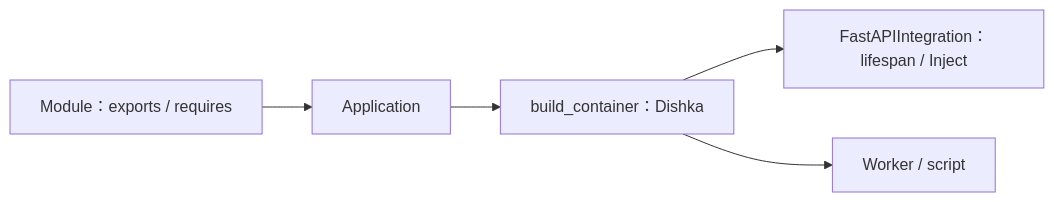
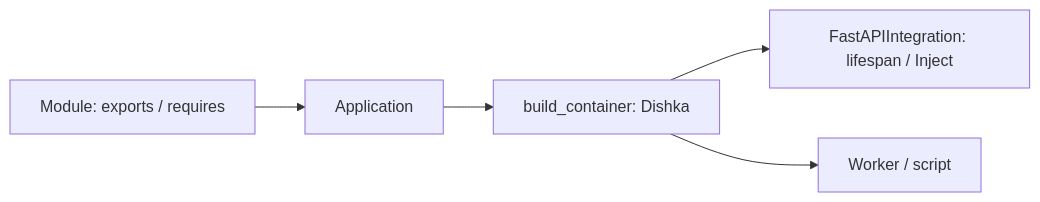
Before and after one commit to slime21023/fastapi-fin: the diagram in README.md, drawn with Mermaid. The commit also changed other lines of this file and 20 other files, not shown here.

````diff
--- a/README.md
+++ b/README.md
@@ -62,7 +62,7 @@
 ```mermaid
 flowchart LR
-    Module["Module：exports / requires"] --> Application["Application"]
-    Application --> Build["build_container：Dishka"]
-    Build --> Adapter["FastAPIIntegration：lifespan / Inject"]
+    Module["Module: exports / requires"] --> Application["Application"]
+    Application --> Build["build_container: Dishka"]
+    Build --> Adapter["FastAPIIntegration: lifespan / Inject"]
     Build --> Worker["Worker / script"]
 ```
````
